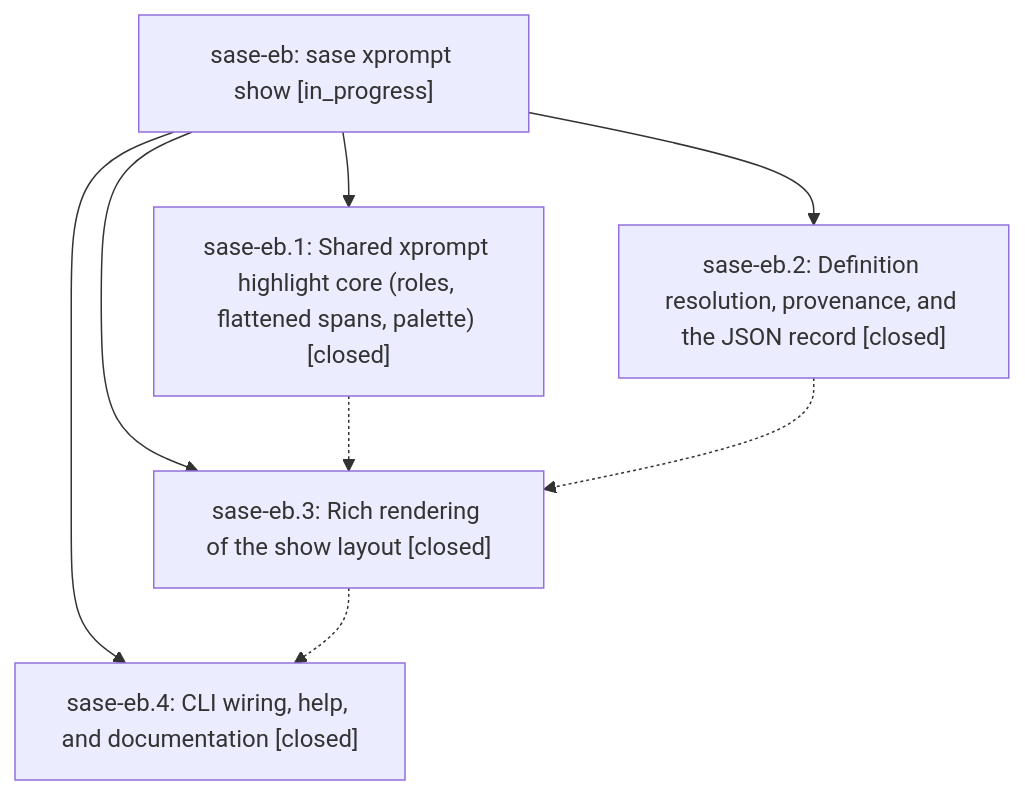
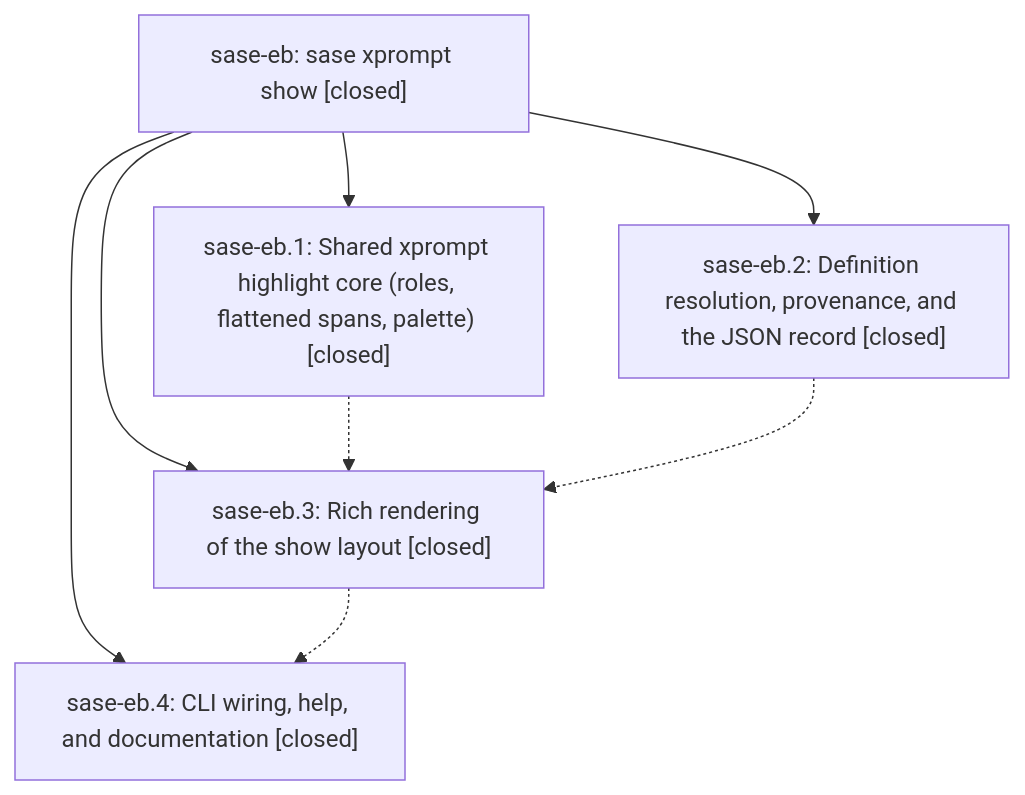
The diagram in pages/sase-eb/README.md (sase-org/sase--beads), drawn with Mermaid before and after one commit. The commit also changed other lines of this file and 4 other files, not shown here.

````diff
--- a/pages/sase-eb/README.md
+++ b/pages/sase-eb/README.md
@@ -25,15 +33,15 @@
 ```mermaid
 flowchart TD
-    n0["sase-eb: sase xprompt show [in_progress]"]
+    n0["sase-eb: sase xprompt show [closed]"]
     n1["sase-eb.1: Shared xprompt highlight core (roles, flattened spans, palette) [closed]"]
     n2["sase-eb.2: Definition resolution, provenance, and the JSON record [closed]"]
     n3["sase-eb.3: Rich rendering of the show layout [closed]"]
     n4["sase-eb.4: CLI wiring, help, and documentation [closed]"]
     n0 --> n1
     n0 --> n2
     n0 --> n3
     n0 --> n4
     n1 -.-> n3
     n2 -.-> n3
     n3 -.-> n4
 ```
````
